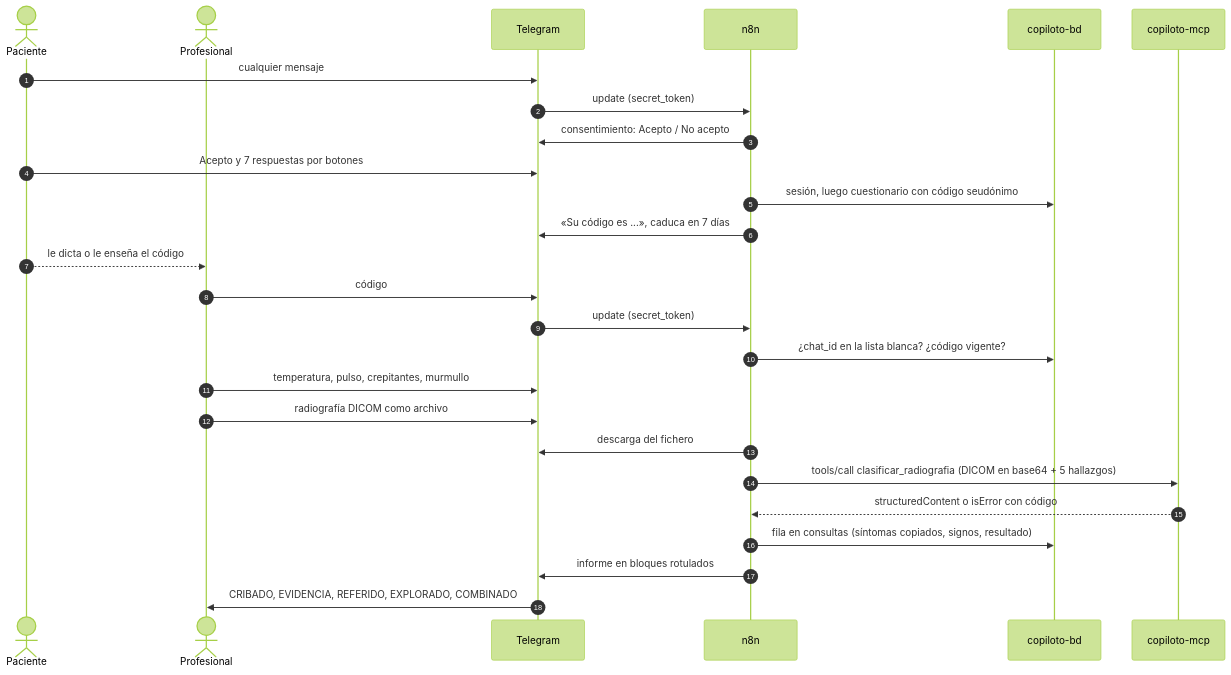
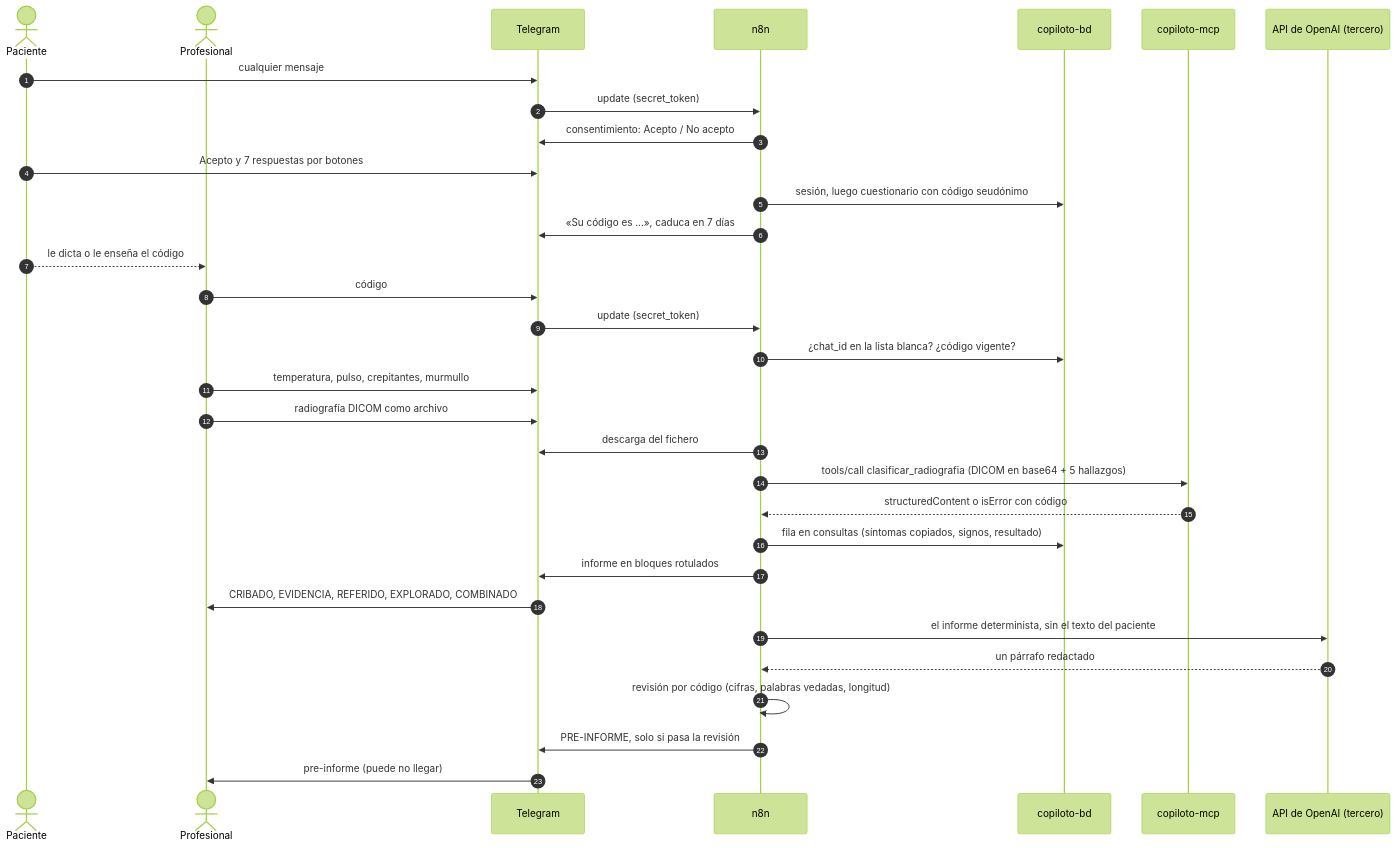
One commit to ivcaro/copiloto-triaje-neumonia changed the second of 3 diagrams in docs/arquitectura.md. Above: the diagram before and after it, drawn with Mermaid (forest theme). The commit also changed other lines of this file and 8 other files, not shown here.

````diff
--- a/docs/arquitectura.md
+++ b/docs/arquitectura.md
@@ -110,30 +114,36 @@
 ```mermaid
 sequenceDiagram
     autonumber
     actor PAC as Paciente
     actor PRO as Profesional
     participant TG as Telegram
     participant N8N as n8n
     participant BD as copiloto-bd
     participant MCP as copiloto-mcp
+    participant OAI as API de OpenAI (tercero)
 
     PAC->>TG: cualquier mensaje
     TG->>N8N: update (secret_token)
     N8N->>TG: consentimiento: Acepto / No acepto
     PAC->>TG: Acepto y 7 respuestas por botones
     N8N->>BD: sesión, luego cuestionario con código seudónimo
     N8N->>TG: «Su código es ...», caduca en 7 días
     PAC-->>PRO: le dicta o le enseña el código
 
     PRO->>TG: código
     TG->>N8N: update (secret_token)
     N8N->>BD: ¿chat_id en la lista blanca? ¿código vigente?
     PRO->>TG: temperatura, pulso, crepitantes, murmullo
     PRO->>TG: radiografía DICOM como archivo
     N8N->>TG: descarga del fichero
     N8N->>MCP: tools/call clasificar_radiografia (DICOM en base64 + 5 hallazgos)
     MCP-->>N8N: structuredContent o isError con código
     N8N->>BD: fila en consultas (síntomas copiados, signos, resultado)
     N8N->>TG: informe en bloques rotulados
     TG->>PRO: CRIBADO, EVIDENCIA, REFERIDO, EXPLORADO, COMBINADO
+    N8N->>OAI: el informe determinista, sin el texto del paciente
+    OAI-->>N8N: un párrafo redactado
+    N8N->>N8N: revisión por código (cifras, palabras vedadas, longitud)
+    N8N->>TG: PRE-INFORME, solo si pasa la revisión
+    TG->>PRO: pre-informe (puede no llegar)
 ```
````
